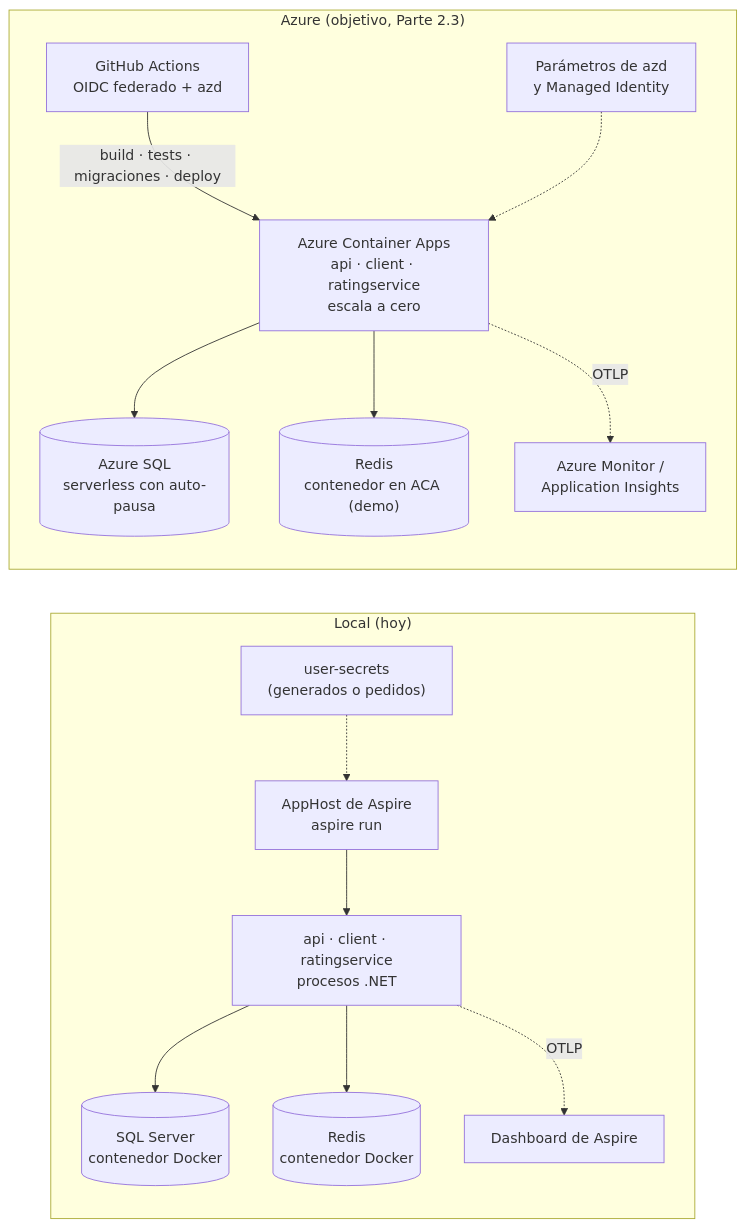
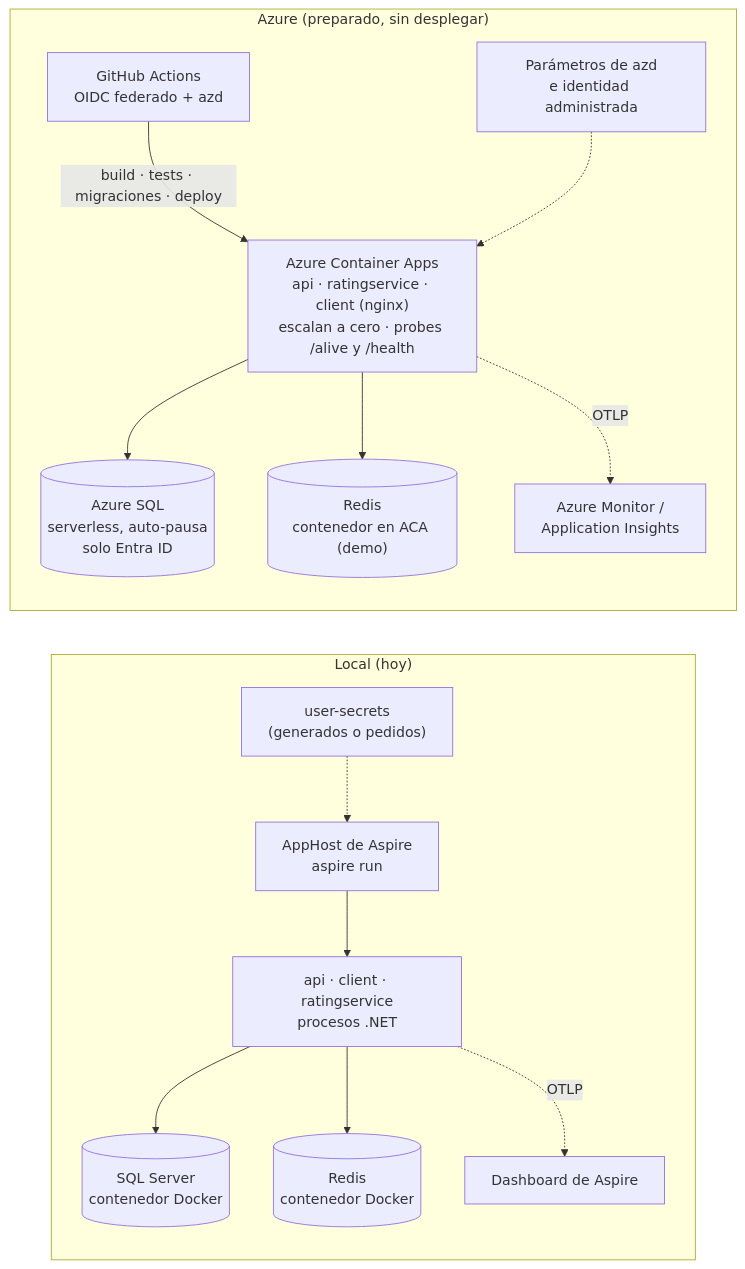
Before and after one commit to arielzamora/aspire-net10-microservices: the third of 3 diagrams in docs/diagramas.md, drawn with Mermaid. The commit also changed other lines of this file and 6 other files, not shown here.

First line of the commit message:
Parte 2.3: README y ADRs actualizados con el despliegue preparado

````diff
--- a/docs/diagramas.md
+++ b/docs/diagramas.md
@@ -58,34 +58,34 @@
 ```mermaid
 flowchart LR
     subgraph local["Local (hoy)"]
         direction TB
         l_apphost["AppHost de Aspire<br/>aspire run"]
         l_apps["api · client · ratingservice<br/>procesos .NET"]
         l_sql[("SQL Server<br/>contenedor Docker")]
         l_redis[("Redis<br/>contenedor Docker")]
         l_dash["Dashboard de Aspire"]
         l_secrets["user-secrets<br/>(generados o pedidos)"]
 
         l_apphost --> l_apps
         l_apps --> l_sql
         l_apps --> l_redis
         l_apps -.->|OTLP| l_dash
         l_secrets -.-> l_apphost
     end
 
-    subgraph azure["Azure (objetivo, Parte 2.3)"]
+    subgraph azure["Azure (preparado, sin desplegar)"]
         direction TB
         gh["GitHub Actions<br/>OIDC federado + azd"]
-        aca["Azure Container Apps<br/>api · client · ratingservice<br/>escala a cero"]
-        a_sql[("Azure SQL<br/>serverless con auto-pausa")]
+        aca["Azure Container Apps<br/>api · ratingservice · client (nginx)<br/>escalan a cero · probes /alive y /health"]
+        a_sql[("Azure SQL<br/>serverless, auto-pausa<br/>solo Entra ID")]
         a_redis[("Redis<br/>contenedor en ACA (demo)")]
         a_mon["Azure Monitor /<br/>Application Insights"]
-        a_params["Parámetros de azd<br/>y Managed Identity"]
+        a_params["Parámetros de azd<br/>e identidad administrada"]
 
         gh -->|"build · tests · migraciones · deploy"| aca
         aca --> a_sql
         aca --> a_redis
         aca -.->|OTLP| a_mon
         a_params -.-> aca
     end
 ```
````
